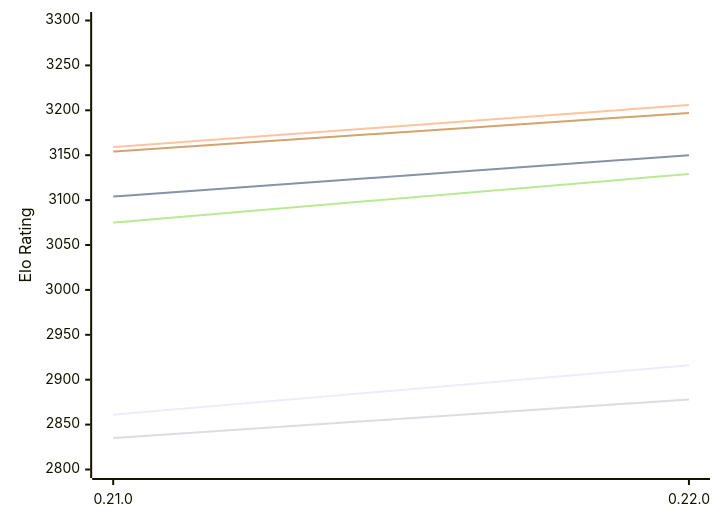
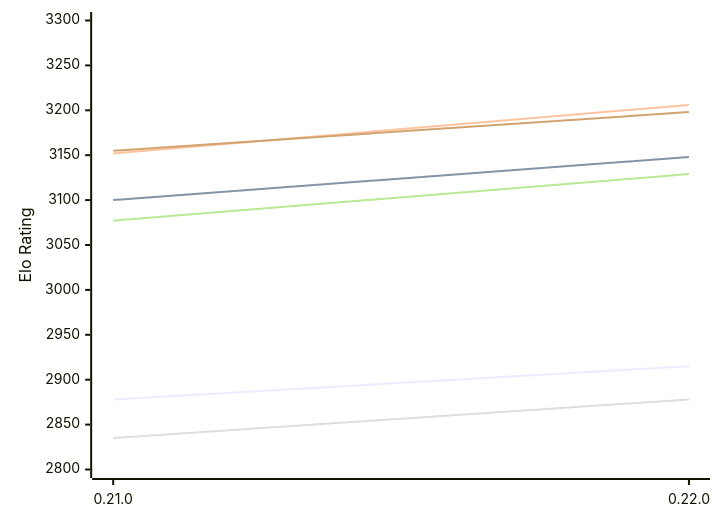
The first of 2 diagrams in engines/Princhess.md (computer-chess-index/cci), drawn with Mermaid before and after one commit. The commit also changed other lines of this file, not shown here.

Commit message:
Update CCI Ratings (ELO VLTC) - 2026-11-28

````diff
--- a/engines/Princhess.md
+++ b/engines/Princhess.md
@@ -50,12 +50,12 @@
 ```mermaid
 %%{init: {"theme":"base","themeVariables":{"seriesColors:['#a3a3a3','#222221','#faa371']}}}%%
 xychart-beta
   x-axis ["0.21.0", "0.22.0"]
   y-axis "Elo Rating" 2800 --> 3300
-  line "E1: STC (8.0+0.08s)" [2861, 2916]
-  line "E1: LTC (60.0+0.60s)" [3104, 3150]
-  line "E1: VLTC (2m24s+1.12s)" [3159, 3206]
+  line "E1: STC (8.0+0.08s)" [2878, 2915]
+  line "E1: LTC (60.0+0.60s)" [3100, 3148]
+  line "E1: VLTC (2m24s+1.12s)" [3152, 3206]
   line "P1: STC (8.0+0.08s)" [2835, 2878]
-  line "P1: LTC (60.0+0.60s)" [3075, 3129]
-  line "P1: VLTC (2m24s+1.12s)" [3154, 3197]
+  line "P1: LTC (60.0+0.60s)" [3077, 3129]
+  line "P1: VLTC (2m24s+1.12s)" [3155, 3198]
 ```
````
